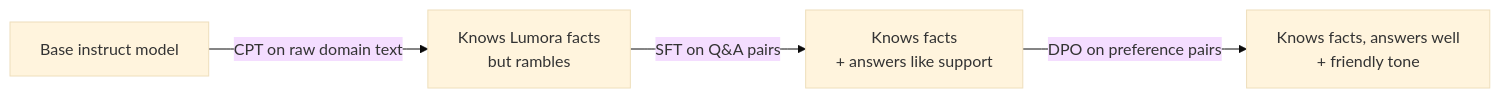
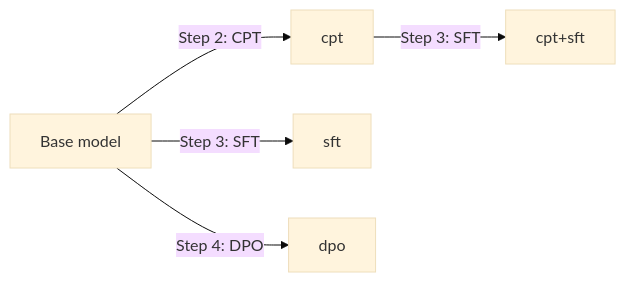
One commit to vinothss/add_llmknowledge changed the diagram in docs/modules/03-customization.md. Above: the diagram before and after it, drawn with Mermaid (base theme). The commit also changed other lines of this file and 11 other files, not shown here.

````diff
--- a/docs/modules/03-customization.md
+++ b/docs/modules/03-customization.md
@@ -60,6 +67,7 @@
 ```mermaid
 flowchart LR
-  B[Base instruct model] -->|CPT on raw domain text| C[Knows Lumora facts<br/>but rambles]
-  C -->|SFT on Q&A pairs| S[Knows facts<br/>+ answers like support]
-  S -->|DPO on preference pairs| D[Knows facts, answers well<br/>+ friendly tone]
+  B[Base model] -->|"Step 2: CPT"| C[cpt]
+  C -->|"Step 3: SFT"| CS[cpt+sft]
+  B -->|"Step 3: SFT"| S[sft]
+  B -->|"Step 4: DPO"| D[dpo]
 ```
````
